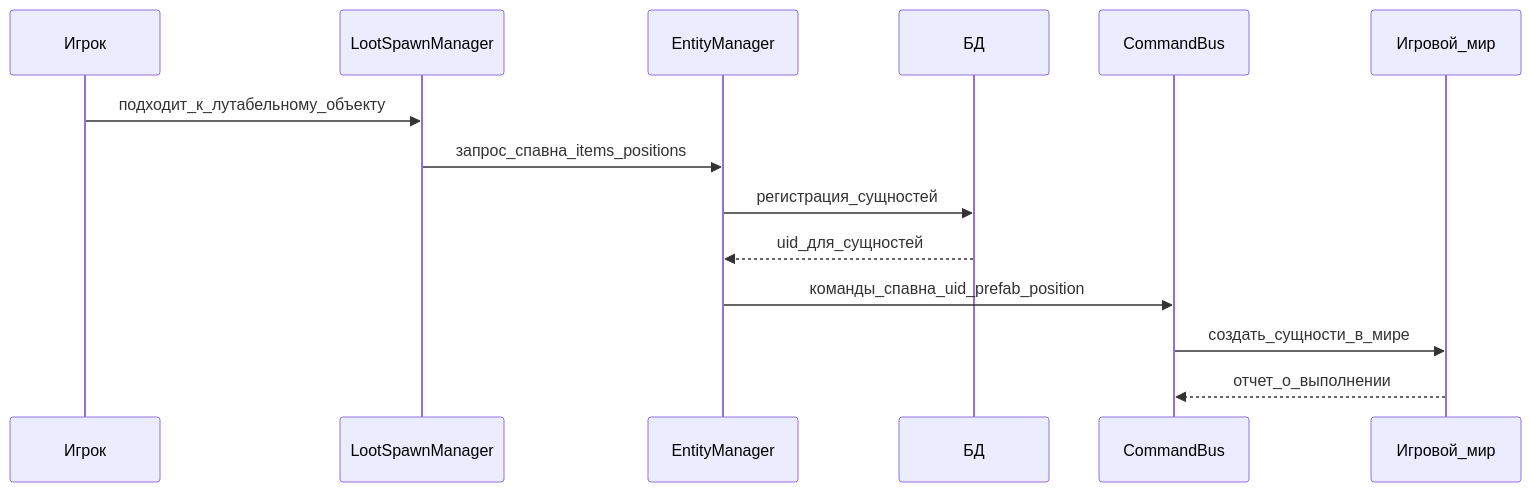
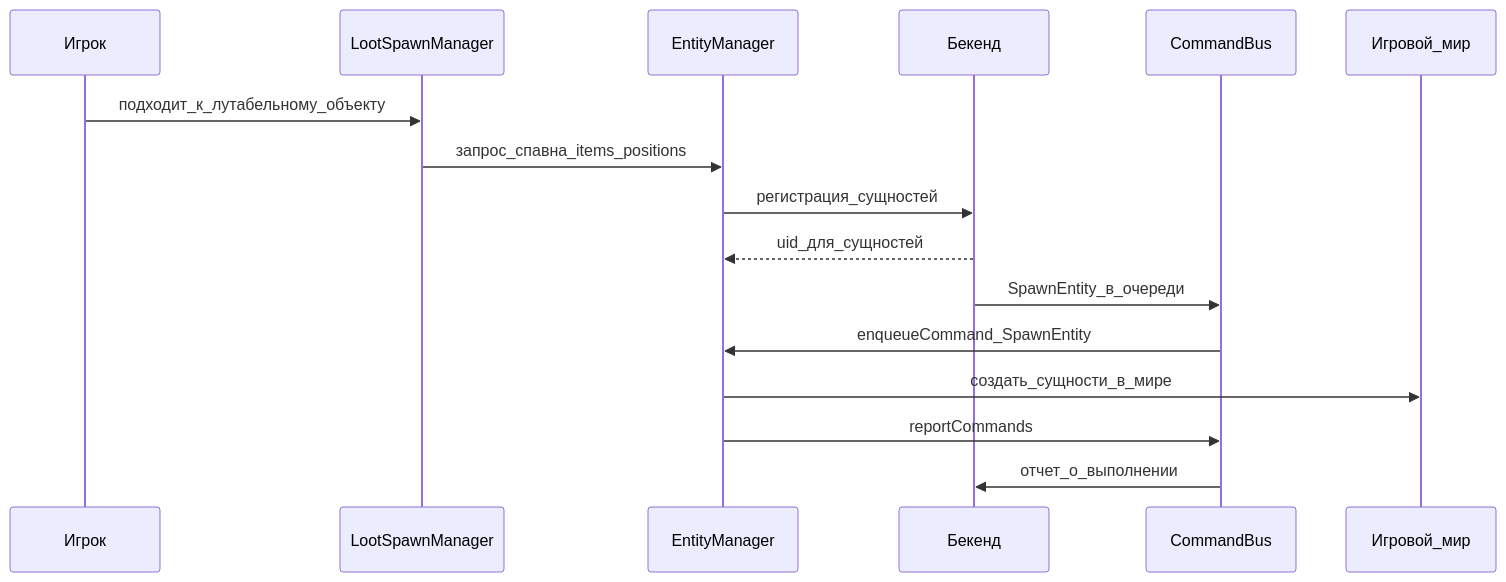
One commit to EvGenius91/arma-r-arch changed the first of 2 diagrams in Architecture/EntityManager.md. Above: the diagram before and after it, drawn with Mermaid. The commit also changed other lines of this file and 6 other files, not shown here.

````diff
--- a/Architecture/EntityManager.md
+++ b/Architecture/EntityManager.md
@@ -58,17 +56,19 @@
 ```mermaid
 sequenceDiagram
     participant Player as Игрок
     participant Loot as LootSpawnManager
     participant Entity as EntityManager
-    participant DB as БД
+    participant BE as Бекенд
     participant CB as CommandBus
     participant World as Игровой_мир
 
     Player->>Loot: подходит_к_лутабельному_объекту
     Loot->>Entity: запрос_спавна_items_positions
-    Entity->>DB: регистрация_сущностей
-    DB-->>Entity: uid_для_сущностей
-    Entity->>CB: команды_спавна_uid_prefab_position
-    CB->>World: создать_сущности_в_мире
-    World-->>CB: отчет_о_выполнении
+    Entity->>BE: регистрация_сущностей
+    BE-->>Entity: uid_для_сущностей
+    BE->>CB: SpawnEntity_в_очереди
+    CB->>Entity: enqueueCommand_SpawnEntity
+    Entity->>World: создать_сущности_в_мире
+    Entity->>CB: reportCommands
+    CB->>BE: отчет_о_выполнении
 ```
````
